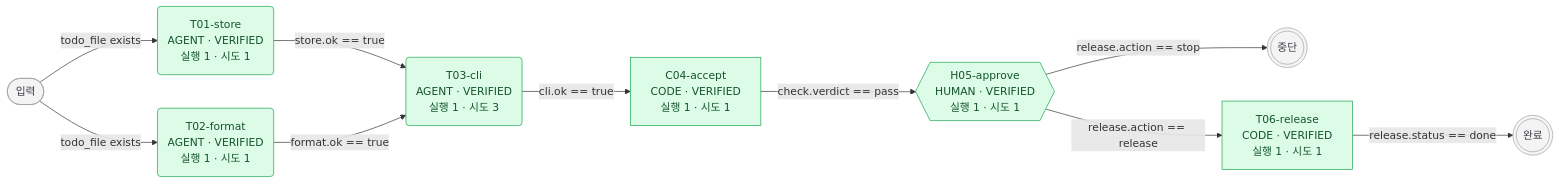
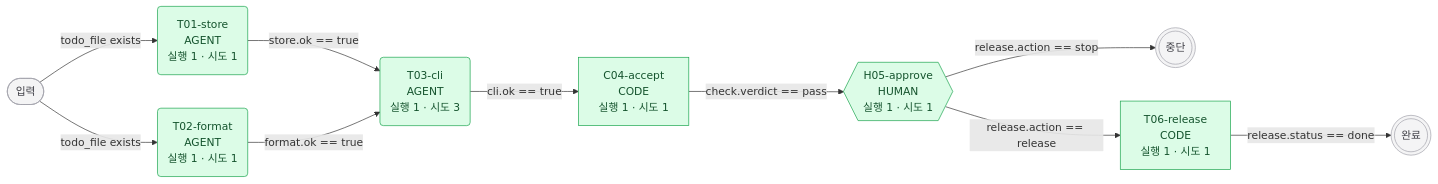
The diagram in examples/todo-cli/diagrams/graph.md (MoonGyuWon/moonengineering), drawn with Mermaid before and after one commit. The commit also changed other lines of this file and 53 other files, not shown here.

First line of the commit message:
Judge product structure, add graph runtime, slim dev-graph machinery

````diff
--- a/examples/todo-cli/diagrams/graph.md
+++ b/examples/todo-cli/diagrams/graph.md
@@ -6,37 +6,37 @@
 ```mermaid
 flowchart LR
   IN(["입력"])
   DONE((("완료")))
   STOP((("중단")))
-  C04_accept["C04-accept<br/>CODE · VERIFIED<br/>실행 1 · 시도 1"]
-  H05_approve{{"H05-approve<br/>HUMAN · VERIFIED<br/>실행 1 · 시도 1"}}
-  T01_store("T01-store<br/>AGENT · VERIFIED<br/>실행 1 · 시도 1")
-  T02_format("T02-format<br/>AGENT · VERIFIED<br/>실행 1 · 시도 1")
-  T03_cli("T03-cli<br/>AGENT · VERIFIED<br/>실행 1 · 시도 3")
-  T06_release["T06-release<br/>CODE · VERIFIED<br/>실행 1 · 시도 1"]
+  C04_accept["C04-accept<br/>CODE<br/>실행 1 · 시도 1"]
   class C04_accept executed
+  H05_approve{{"H05-approve<br/>HUMAN<br/>실행 1 · 시도 1"}}
   class H05_approve executed
+  T01_store("T01-store<br/>AGENT<br/>실행 1 · 시도 1")
   class T01_store executed
+  T02_format("T02-format<br/>AGENT<br/>실행 1 · 시도 1")
   class T02_format executed
+  T03_cli("T03-cli<br/>AGENT<br/>실행 1 · 시도 3")
   class T03_cli executed
+  T06_release["T06-release<br/>CODE<br/>실행 1 · 시도 1"]
   class T06_release executed
   T03_cli -->|"cli.ok == true"| C04_accept
   C04_accept -->|"check.verdict == pass"| H05_approve
   IN -->|"todo_file exists"| T01_store
   IN -->|"todo_file exists"| T02_format
   T01_store -->|"store.ok == true"| T03_cli
   T02_format -->|"format.ok == true"| T03_cli
   H05_approve -->|"release.action == release"| T06_release
   T06_release -->|"release.status == done"| DONE
   H05_approve -->|"release.action == stop"| STOP
   classDef pending fill:#f4f4f5,stroke:#a1a1aa,color:#3f3f46
   classDef ready fill:#dbeafe,stroke:#2563eb,stroke-width:3px,color:#1e3a8a
   classDef running fill:#fef9c3,stroke:#ca8a04,color:#713f12
   classDef waiting_human fill:#ffedd5,stroke:#ea580c,stroke-width:3px,color:#7c2d12
   classDef executed fill:#dcfce7,stroke:#16a34a,color:#14532d
   classDef failed_retryable fill:#fce7f3,stroke:#db2777,color:#831843
   classDef failed fill:#fee2e2,stroke:#dc2626,stroke-width:3px,color:#7f1d1d
   classDef skipped fill:#fafafa,stroke:#d4d4d8,stroke-dasharray:4 3,color:#a1a1aa
   classDef draft fill:#ffffff,stroke:#a1a1aa,stroke-dasharray:4 3,color:#52525b
   class IN,DONE,STOP pending
 ```
````
